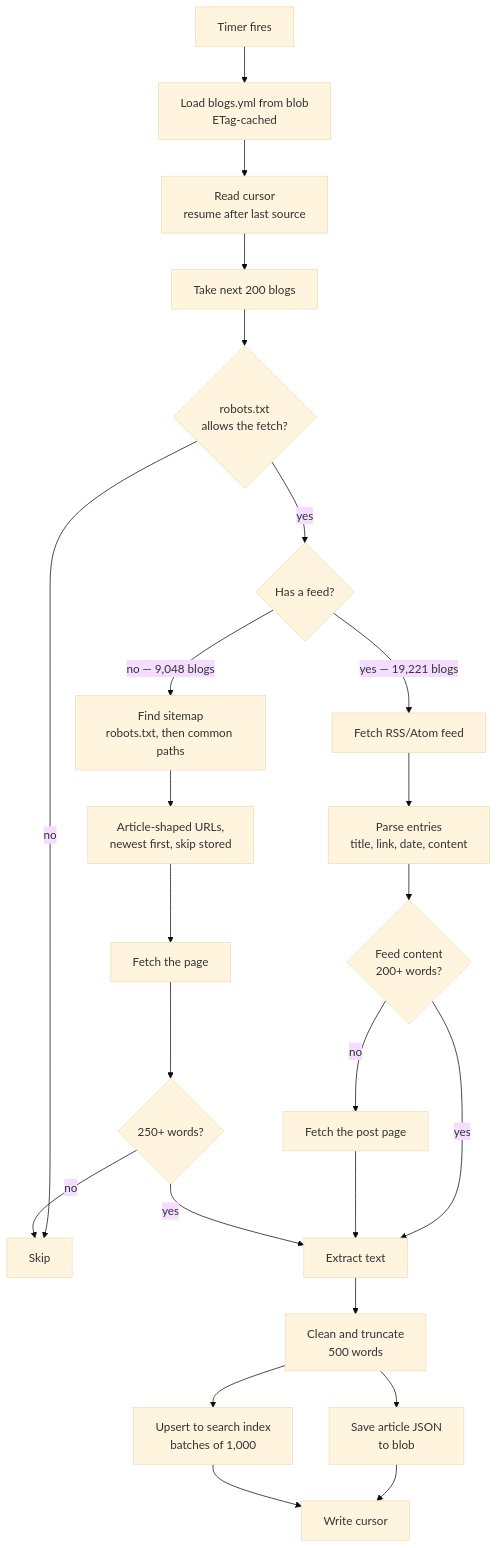
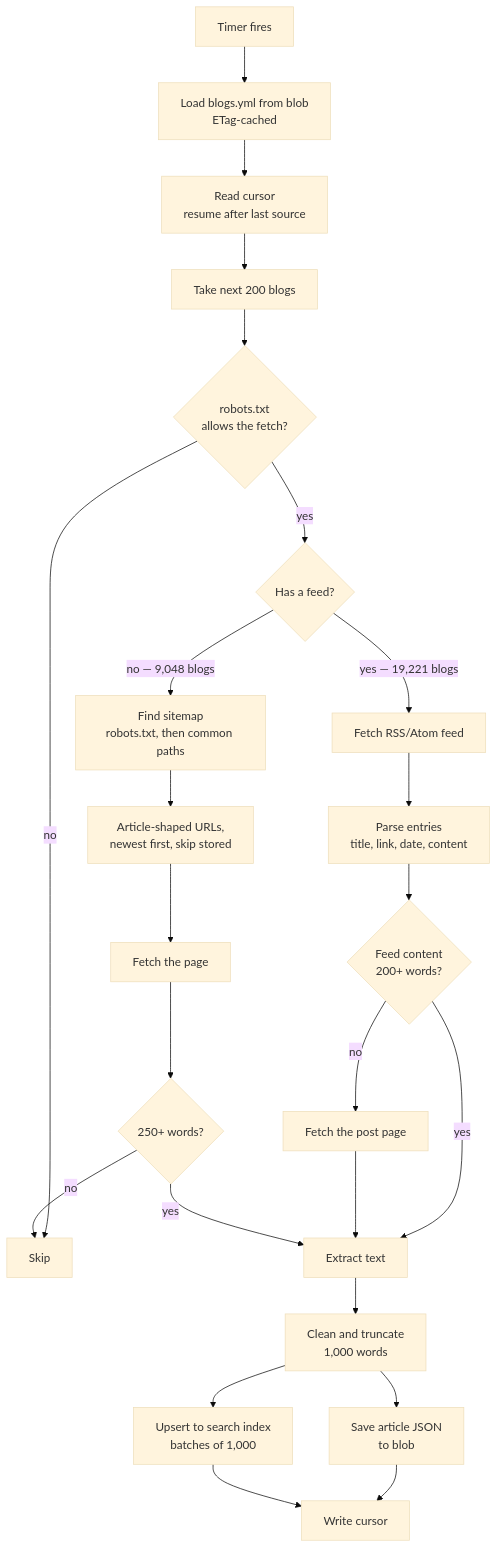
The second of 5 diagrams in docs/how-it-works.md (GitPaulo/blogme), drawn with Mermaid (base theme) before and after one commit. The commit also changed other lines of this file and 13 other files, not shown here.

````diff
--- a/docs/how-it-works.md
+++ b/docs/how-it-works.md
@@ -47,30 +47,30 @@
 ```mermaid
 flowchart TD
     T["Timer fires"] --> L["Load blogs.yml from blob<br/>ETag-cached"]
     L --> C["Read cursor<br/>resume after last source"]
     C --> BATCH["Take next 200 blogs"]
 
     BATCH --> R{"robots.txt<br/>allows the fetch?"}
     R -->|no| SKIP["Skip"]
     R -->|yes| P{"Has a feed?"}
 
     P -->|"yes — 19,221 blogs"| F["Fetch RSS/Atom feed"]
     P -->|"no — 9,048 blogs"| M["Find sitemap<br/>robots.txt, then common paths"]
 
     F --> ITEMS["Parse entries<br/>title, link, date, content"]
     ITEMS --> FULL{"Feed content<br/>200+ words?"}
     FULL -->|yes| X["Extract text"]
     FULL -->|no| PAGE["Fetch the post page"] --> X
 
     M --> LINKS["Article-shaped URLs,<br/>newest first, skip stored"]
     LINKS --> FETCH["Fetch the page"]
     FETCH --> LONG{"250+ words?"}
     LONG -->|no| SKIP
     LONG -->|yes| X
 
-    X --> TRUNC["Clean and truncate<br/>500 words"]
+    X --> TRUNC["Clean and truncate<br/>1,000 words"]
     TRUNC --> SAVE["Save article JSON<br/>to blob"]
     TRUNC --> IDX["Upsert to search index<br/>batches of 1,000"]
     SAVE --> CUR["Write cursor"]
     IDX --> CUR
 ```
````
